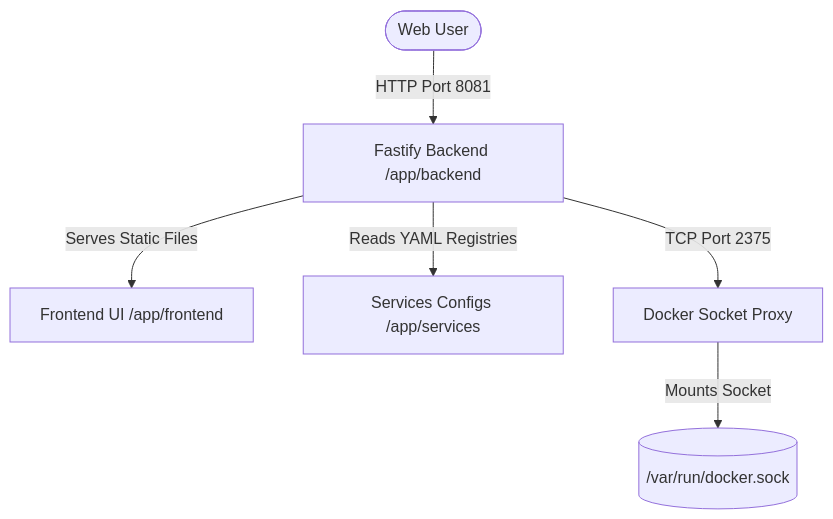
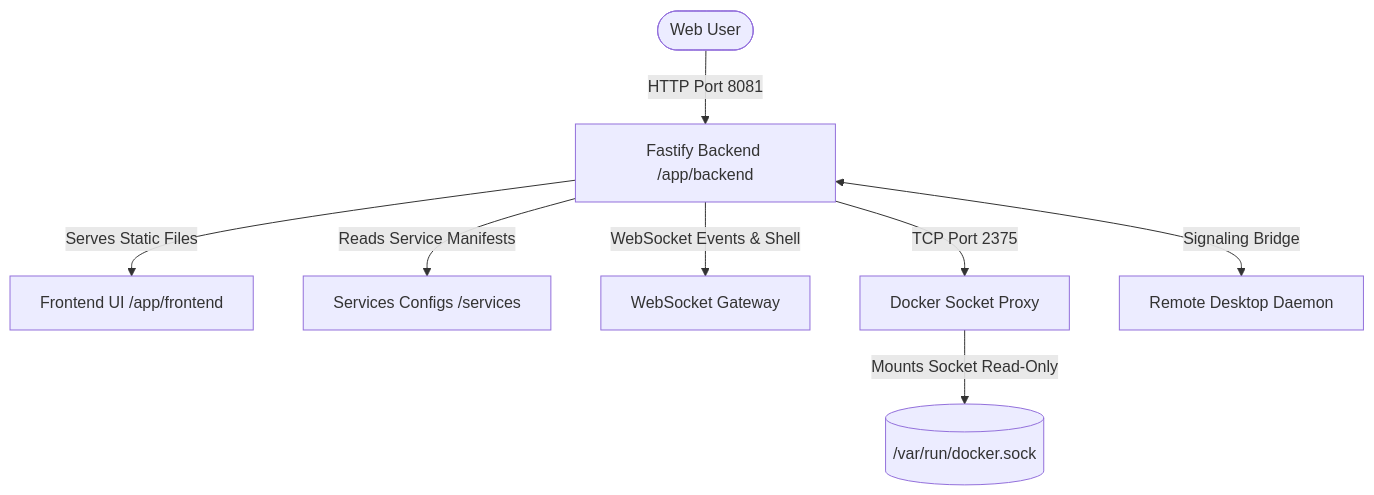
One commit to Sarvadnya-Patil/HomeLab changed the diagram in dashboard/README.md. Above: the diagram before and after it, drawn with Mermaid. The commit also changed other lines of this file and 113 other files, not shown here.

````diff
--- a/dashboard/README.md
+++ b/dashboard/README.md
@@ -7,8 +9,10 @@
 ```mermaid
 graph TD
     User([Web User]) -->|HTTP Port 8081| Backend[Fastify Backend /app/backend]
     Backend -->|Serves Static Files| Frontend[Frontend UI /app/frontend]
-    Backend -->|Reads YAML Registries| ServicesDir[Services Configs /app/services]
+    Backend -->|Reads Service Manifests| ServicesDir[Services Configs /services]
+    Backend -->|WebSocket Events & Shell| WS_Gate[WebSocket Gateway]
     Backend -->|TCP Port 2375| Proxy[Docker Socket Proxy]
-    Proxy -->|Mounts Socket| HostSocket[(/var/run/docker.sock)]
+    Proxy -->|Mounts Socket Read-Only| HostSocket[(/var/run/docker.sock)]
+    Backend <-->|Signaling Bridge| Streamer[Remote Desktop Daemon]
 ```
````
